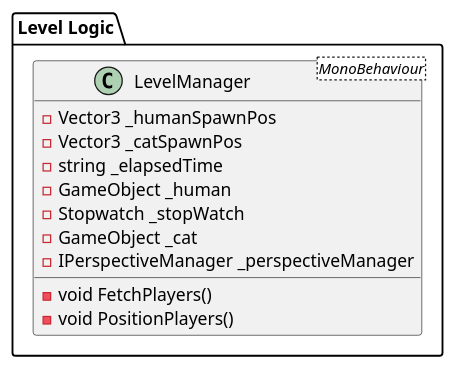
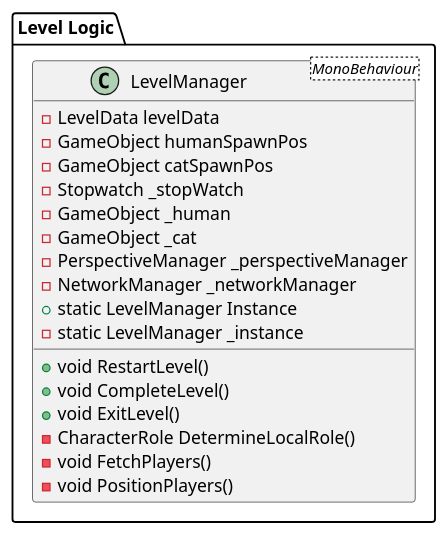
The diagram in Diagrams/Level Logic/LevelLogicCD.puml (Bachelor-Parallax/Parallax), drawn with PlantUML before and after one commit. The commit also changed 5 other files, not shown here.

Commit message:
diagrams

```diff
--- a/Diagrams/Level Logic/LevelLogicCD.puml
+++ b/Diagrams/Level Logic/LevelLogicCD.puml
@@ -1,19 +1,27 @@
 @startuml Level Logic CD
 
 package "Level Logic" {
 
     class LevelManager<MonoBehaviour>
     {
-        - Vector3 _humanSpawnPos
-        - Vector3 _catSpawnPos
-        - string _elapsedTime
+
+        - LevelData levelData
+        - GameObject humanSpawnPos
+        - GameObject catSpawnPos
+        - Stopwatch _stopWatch
         - GameObject _human
-        - Stopwatch _stopWatch
         - GameObject _cat
-        - IPerspectiveManager _perspectiveManager
+        - PerspectiveManager _perspectiveManager
+        - NetworkManager _networkManager
+        + static LevelManager Instance 
+        - static LevelManager _instance
 
+        + void RestartLevel()
+        + void CompleteLevel()
+        + void ExitLevel()
+        - CharacterRole DetermineLocalRole()
         - void FetchPlayers()
         - void PositionPlayers()
     }
 }
 @enduml
```
